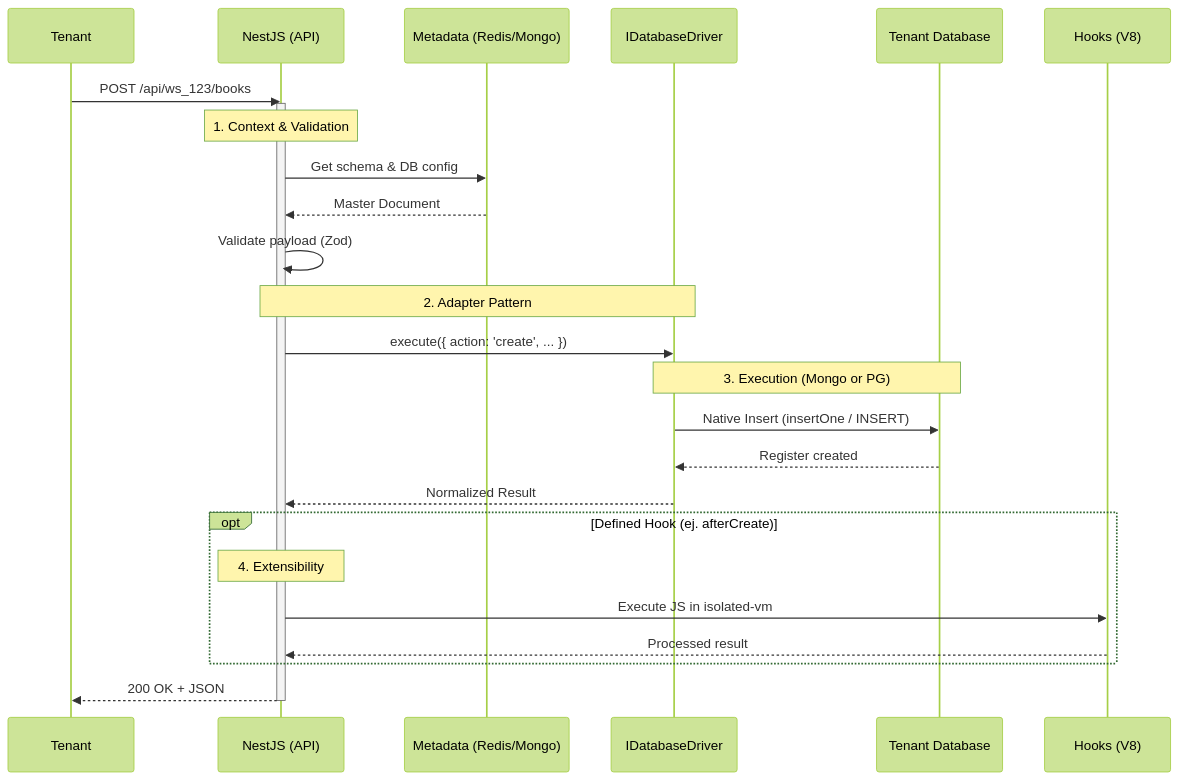
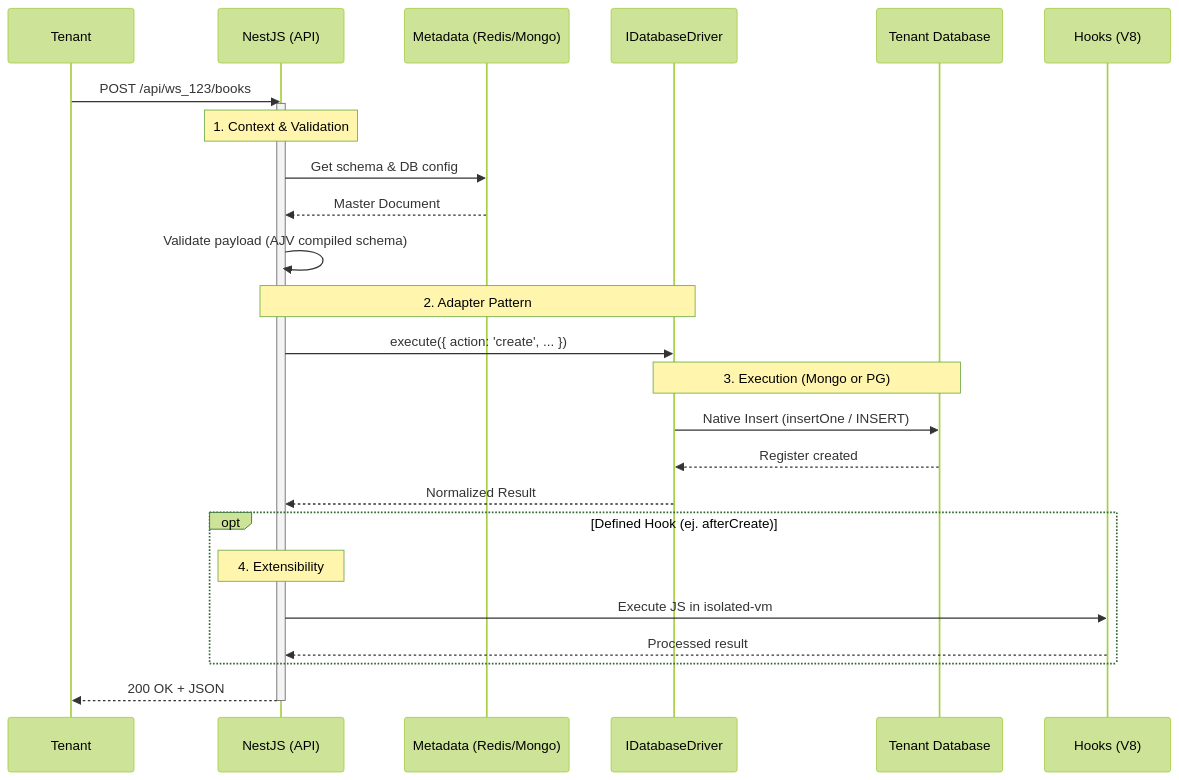
One commit to Univers42/mini-baas changed diagram 17 of 19 in docs/strategy/dylan.md. Above: the diagram before and after it, drawn with Mermaid (forest theme). The commit also changed other lines of this file, not shown here.

Commit message:
docs(strategy): Add architectural alternatives and critical technical risks sections

````diff
--- a/docs/strategy/dylan.md
+++ b/docs/strategy/dylan.md
@@ -1410,34 +1446,34 @@
 ```mermaid
 sequenceDiagram
   participant T as Tenant
   participant API as NestJS (API)
   participant Config as Metadata (Redis/Mongo)
   participant Adapt as IDatabaseDriver
   participant DB as Tenant Database
   participant H as Hooks (V8)
 
   T->>API: POST /api/ws_123/books
   activate API
 
   Note over API: 1. Context & Validation
   API->>Config: Get schema & DB config
   Config-->>API: Master Document
-  API->>API: Validate payload (Zod)
+    API->>API: Validate payload (AJV compiled schema)
 
   Note over API, Adapt: 2. Adapter Pattern
   API->>Adapt: execute({ action: 'create', ... })
   
   Note over Adapt, DB: 3. Execution (Mongo or PG)
   Adapt->>DB: Native Insert (insertOne / INSERT)
   DB-->>Adapt: Register created
   Adapt-->>API: Normalized Result
 
   opt Defined Hook (ej. afterCreate)
     Note over API: 4. Extensibility
     API->>H: Execute JS in isolated-vm
     H-->>API: Processed result
   end
 
   API-->>T: 200 OK + JSON
   deactivate API
 ```
````
